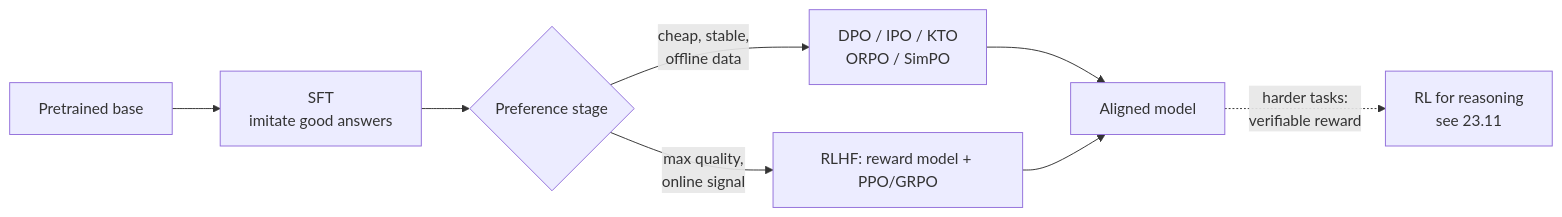
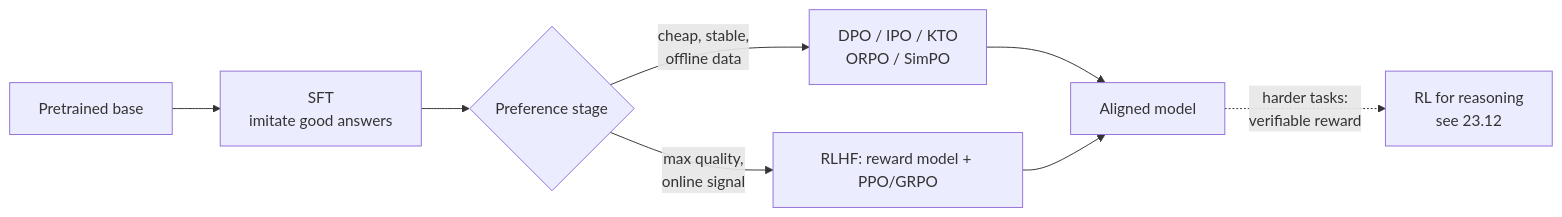
Before and after one commit to kader-xai/kader-xai.github.io: diagram 13 of 17 in ai-ml-encyclopedia/ch23.qmd, drawn with Mermaid. The commit also changed other lines of this file and 30 other files, not shown here.

````diff
--- a/ai-ml-encyclopedia/ch23.qmd
+++ b/ai-ml-encyclopedia/ch23.qmd
@@ -871,10 +943,10 @@
 ```{mermaid}
 flowchart LR
     A[Pretrained base] --> B[SFT<br/>imitate good answers]
     B --> C{Preference stage}
     C -->|cheap, stable,<br/>offline data| D[DPO / IPO / KTO<br/>ORPO / SimPO]
     C -->|max quality,<br/>online signal| E[RLHF: reward model + PPO/GRPO]
     D --> F[Aligned model]
     E --> F
-    F -.->|harder tasks:<br/>verifiable reward| G[RL for reasoning<br/>see 23.11]
+    F -.->|harder tasks:<br/>verifiable reward| G[RL for reasoning<br/>see 23.12]
 ```
````
